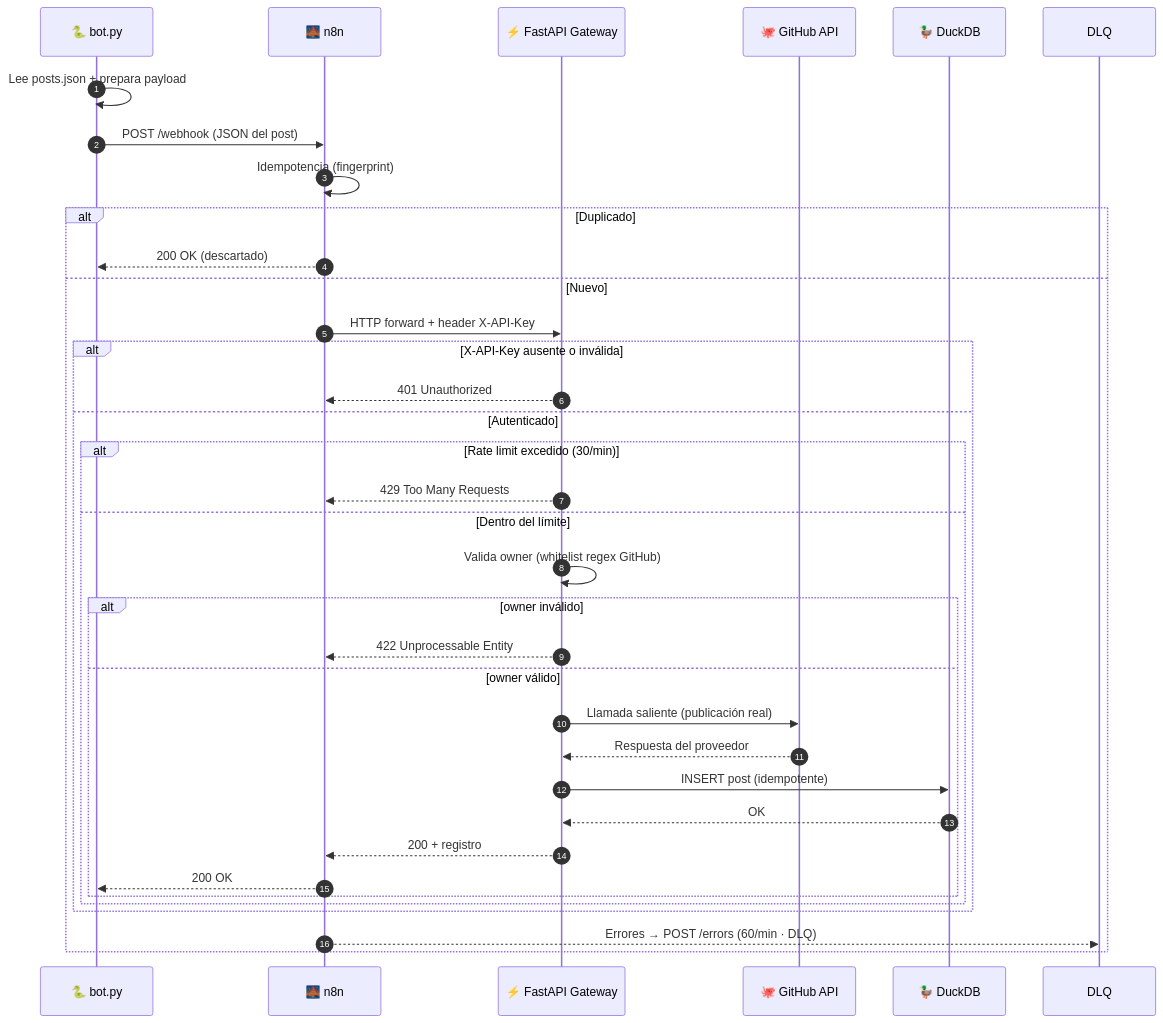
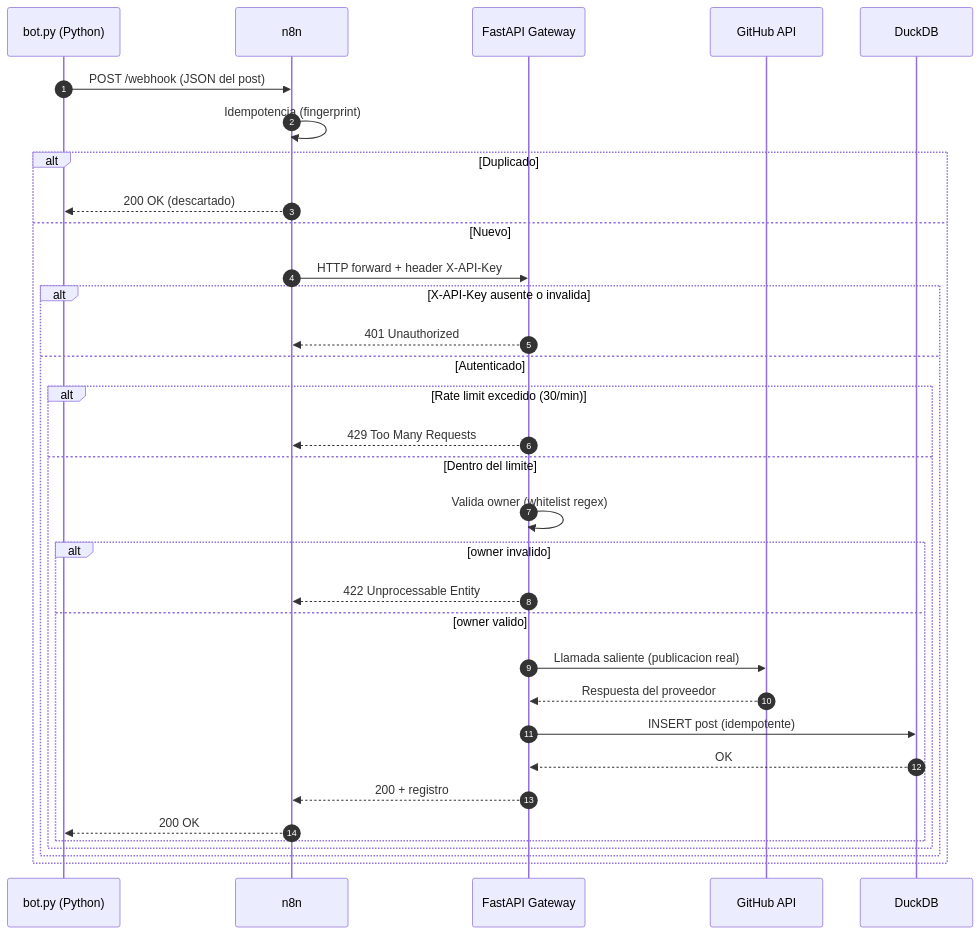
One commit to vladimiracunadev-create/social-bot-scheduler changed the second of 2 diagrams in cases/09-python-to-gateway/ARCHITECTURE.md. Above: the diagram before and after it, drawn with Mermaid. The commit also changed other lines of this file and 8 other files, not shown here.

First line of the commit message:
fix(diagrams): Mermaid compatible con GitHub (securityLevel strict)

````diff
--- a/cases/09-python-to-gateway/ARCHITECTURE.md
+++ b/cases/09-python-to-gateway/ARCHITECTURE.md
@@ -71,38 +71,36 @@
 ```mermaid
 sequenceDiagram
     autonumber
-    participant Bot as 🐍 bot.py
-    participant N8N as 🌉 n8n
-    participant GW as ⚡ FastAPI Gateway
-    participant GitHub as 🐙 GitHub API
-    participant DB as 🦆 DuckDB
+    participant Bot as bot.py (Python)
+    participant N8N as n8n
+    participant GW as FastAPI Gateway
+    participant GH as GitHub API
+    participant DB as DuckDB
 
-    Bot->>Bot: Lee posts.json + prepara payload
     Bot->>N8N: POST /webhook (JSON del post)
     N8N->>N8N: Idempotencia (fingerprint)
     alt Duplicado
         N8N-->>Bot: 200 OK (descartado)
     else Nuevo
         N8N->>GW: HTTP forward + header X-API-Key
-        alt X-API-Key ausente o inválida
+        alt X-API-Key ausente o invalida
             GW-->>N8N: 401 Unauthorized
         else Autenticado
             alt Rate limit excedido (30/min)
                 GW-->>N8N: 429 Too Many Requests
-            else Dentro del límite
-                GW->>GW: Valida owner (whitelist regex GitHub)
-                alt owner inválido
+            else Dentro del limite
+                GW->>GW: Valida owner (whitelist regex)
+                alt owner invalido
                     GW-->>N8N: 422 Unprocessable Entity
-                else owner válido
-                    GW->>GitHub: Llamada saliente (publicación real)
-                    GitHub-->>GW: Respuesta del proveedor
+                else owner valido
+                    GW->>GH: Llamada saliente (publicacion real)
+                    GH-->>GW: Respuesta del proveedor
                     GW->>DB: INSERT post (idempotente)
                     DB-->>GW: OK
                     GW-->>N8N: 200 + registro
                     N8N-->>Bot: 200 OK
                 end
             end
         end
-        N8N-->>DLQ: Errores → POST /errors (60/min · DLQ)
     end
 ```
````
